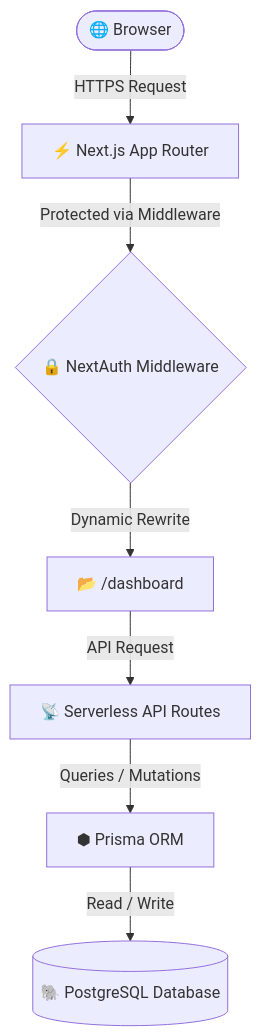
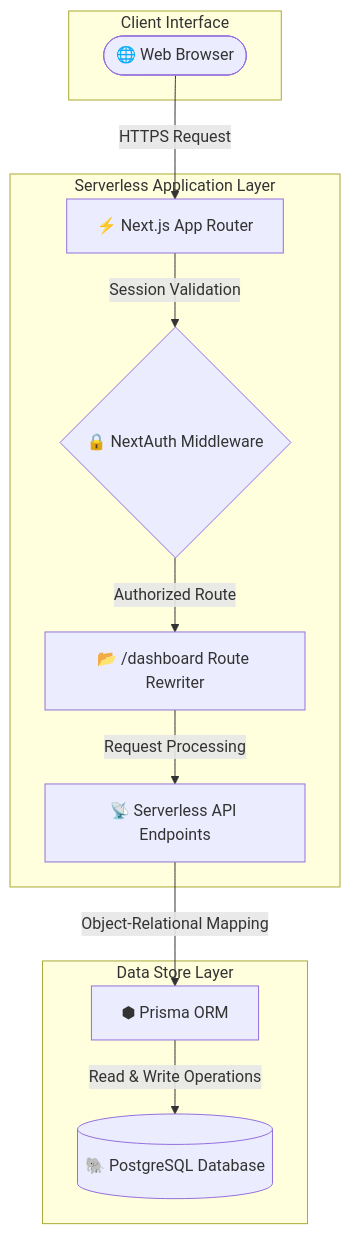
One commit to gauravbuildz/smart-campus-management changed the diagram in README.md. Above: the diagram before and after it, drawn with Mermaid. The commit also changed other lines of this file, not shown here.

````diff
--- a/README.md
+++ b/README.md
@@ -181,9 +161,25 @@
 ```mermaid
-graph TD
-    Browser([🌐 Browser]) -->|HTTPS Request| NextJS[⚡ Next.js App Router]
-    NextJS -->|Protected via Middleware| AuthGuard{🔒 NextAuth Middleware}
-    AuthGuard -->|Dynamic Rewrite| AuthRoutes[📂 /dashboard]
-    AuthRoutes -->|API Request| APILayer[📡 Serverless API Routes]
-    APILayer -->|Queries / Mutations| Prisma[⬢ Prisma ORM]
-    Prisma -->|Read / Write| PG[(🐘 PostgreSQL Database)]
+flowchart TD
+    subgraph Client ["Client Interface"]
+        Browser([🌐 Web Browser])
+    end
+
+    subgraph App ["Serverless Application Layer"]
+        NextJS[⚡ Next.js App Router]
+        AuthGuard{🔒 NextAuth Middleware}
+        AuthRoutes[📂 /dashboard Route Rewriter]
+        APILayer[📡 Serverless API Endpoints]
+    end
+
+    subgraph Database ["Data Store Layer"]
+        Prisma[⬢ Prisma ORM]
+        PG[(🐘 PostgreSQL Database)]
+    end
+
+    Browser -->|HTTPS Request| NextJS
+    NextJS -->|Session Validation| AuthGuard
+    AuthGuard -->|Authorized Route| AuthRoutes
+    AuthRoutes -->|Request Processing| APILayer
+    APILayer -->|Object-Relational Mapping| Prisma
+    Prisma -->|Read & Write Operations| PG
 ```
````
